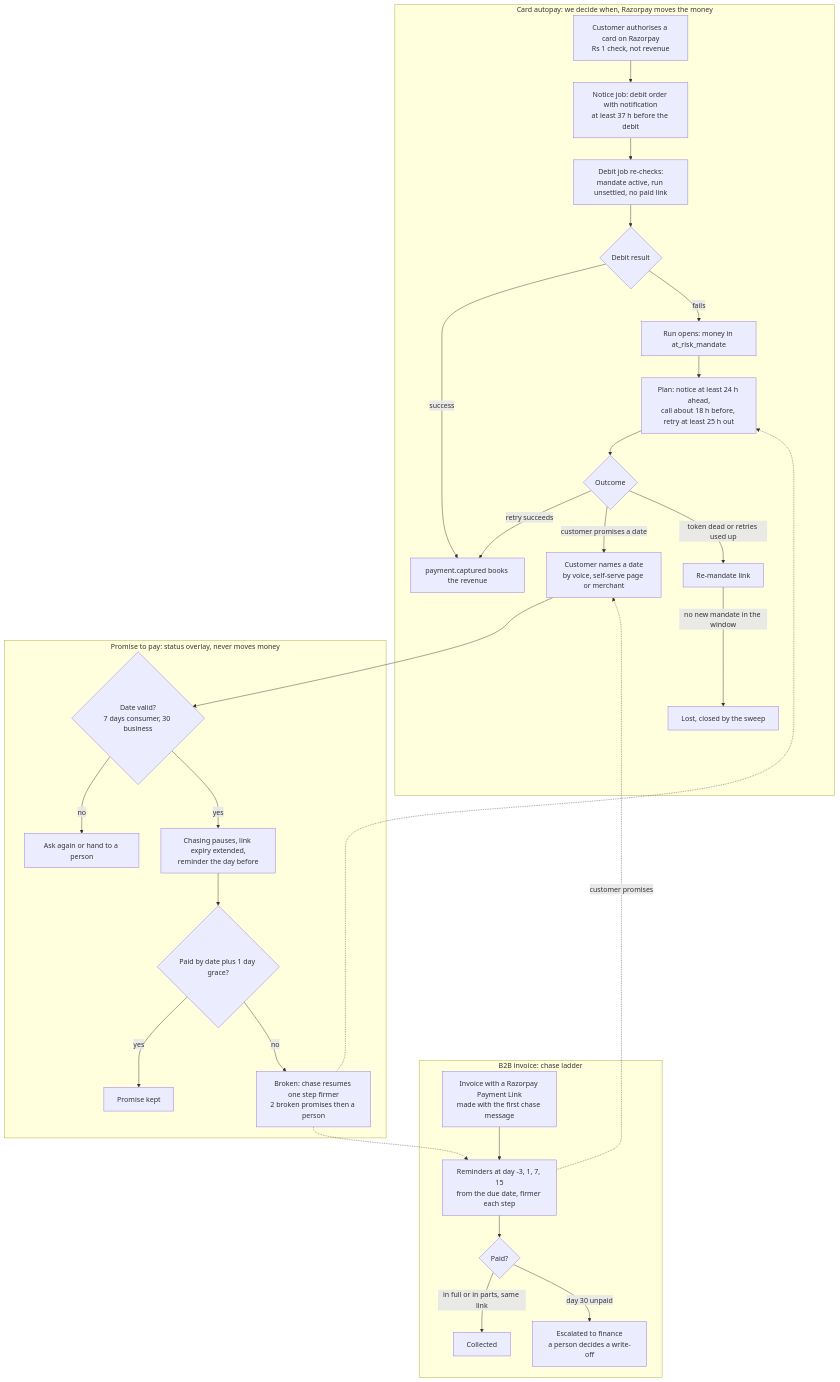
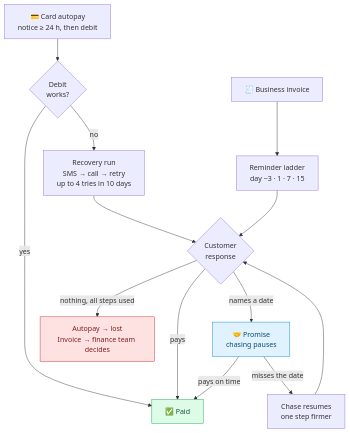
Before and after one commit to Lakshaykhatri231/Backstop: the third of 4 diagrams in README.md, drawn with Mermaid. The commit also changed other lines of this file, not shown here.

````diff
--- a/README.md
+++ b/README.md
@@ -313,33 +310,22 @@
 ```mermaid
 flowchart TD
-    subgraph Autopay["Card autopay: we decide when, Razorpay moves the money"]
-      A1["Customer authorises a card on Razorpay<br/>Rs 1 check, not revenue"] --> A2["Notice job: debit order with notification<br/>at least 37 h before the debit"]
-      A2 --> A3["Debit job re-checks:<br/>mandate active, run unsettled, no paid link"]
-      A3 --> A4{"Debit result"}
-      A4 -- success --> A5["payment.captured books the revenue"]
-      A4 -- fails --> A6["Run opens: money in at_risk_mandate"]
-      A6 --> A7["Plan: notice at least 24 h ahead,<br/>call about 18 h before, retry at least 25 h out"]
-      A7 --> A8{"Outcome"}
-      A8 -- "retry succeeds" --> A5
-      A8 -- "customer promises a date" --> P
-      A8 -- "token dead or retries used up" --> A9["Re-mandate link"]
-      A9 -- "no new mandate in the window" --> A10["Lost, closed by the sweep"]
-    end
-    subgraph Invoice["B2B invoice: chase ladder"]
-      I1["Invoice with a Razorpay Payment Link<br/>made with the first chase message"] --> I2["Reminders at day -3, 1, 7, 15<br/>from the due date, firmer each step"]
-      I2 --> I3{"Paid?"}
-      I3 -- "in full or in parts, same link" --> I4["Collected"]
-      I3 -- "day 30 unpaid" --> I5["Escalated to finance<br/>a person decides a write-off"]
-    end
-    subgraph Promise["Promise to pay: status overlay, never moves money"]
-      P["Customer names a date<br/>by voice, self-serve page or merchant"] --> P1{"Date valid?<br/>7 days consumer, 30 business"}
-      P1 -- no --> P2["Ask again or hand to a person"]
-      P1 -- yes --> P3["Chasing pauses, link expiry extended,<br/>reminder the day before"]
-      P3 --> P4{"Paid by date plus 1 day grace?"}
-      P4 -- yes --> P5["Promise kept"]
-      P4 -- no --> P6["Broken: chase resumes one step firmer<br/>2 broken promises then a person"]
-    end
-    I2 -. "customer promises" .-> P
-    P6 -.-> A7
-    P6 -.-> I2
+    AU["💳 Card autopay<br/>notice ≥ 24 h, then debit"] --> DB{"Debit<br/>works?"}
+    DB -- yes --> PAID
+    DB -- no --> RUN["Recovery run<br/>SMS → call → retry<br/>up to 4 tries in 10 days"]
+    INV["🧾 Business invoice"] --> LAD["Reminder ladder<br/>day −3 · 1 · 7 · 15"]
+    RUN --> ASK{"Customer<br/>response"}
+    LAD --> ASK
+    ASK -- pays --> PAID["✅ Paid"]
+    ASK -- "names a date" --> PR["🤝 Promise<br/>chasing pauses"]
+    PR -- "pays on time" --> PAID
+    PR -- "misses the date" --> FIRM["Chase resumes<br/>one step firmer"]
+    FIRM --> ASK
+    ASK -- "nothing, all steps used" --> END["Autopay → lost<br/>Invoice → finance team decides"]
+
+    classDef good fill:#dcfce7,stroke:#16a34a,color:#14532d
+    classDef bad fill:#fee2e2,stroke:#dc2626,color:#7f1d1d
+    classDef promise fill:#e0f2fe,stroke:#0284c7,color:#0c4a6e
+    class PAID good
+    class END bad
+    class PR promise
 ```
````
